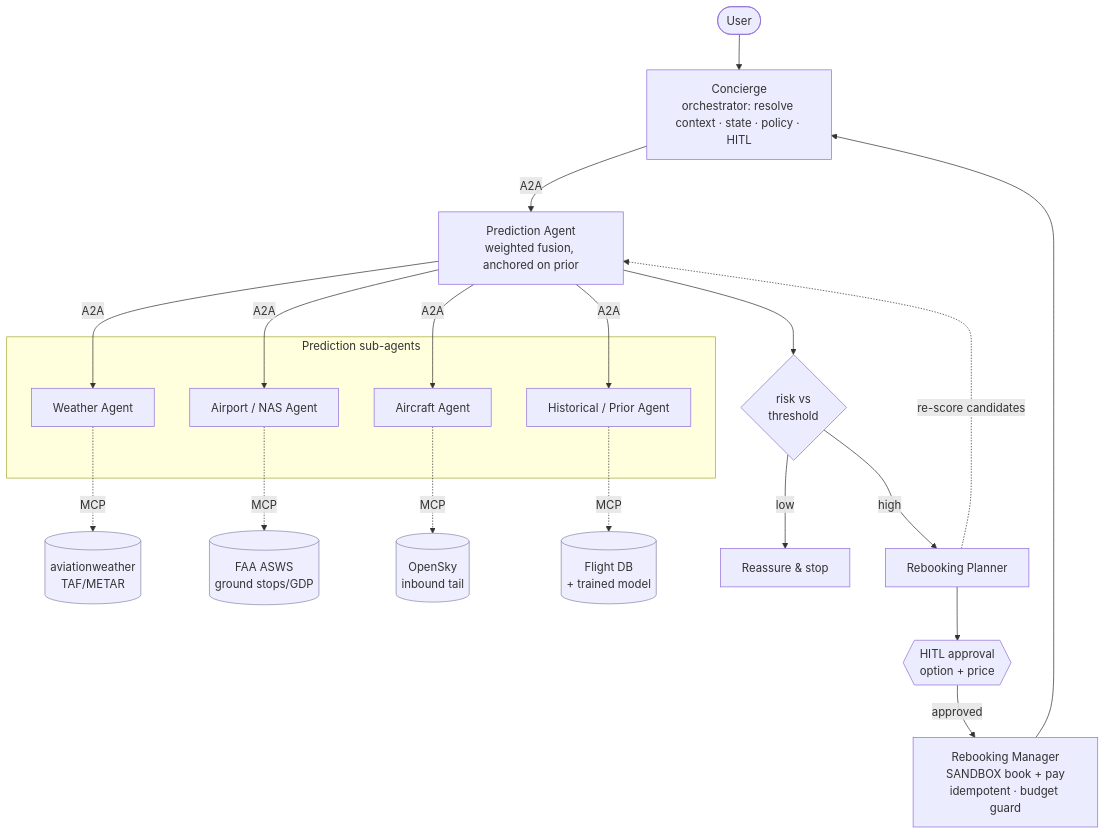
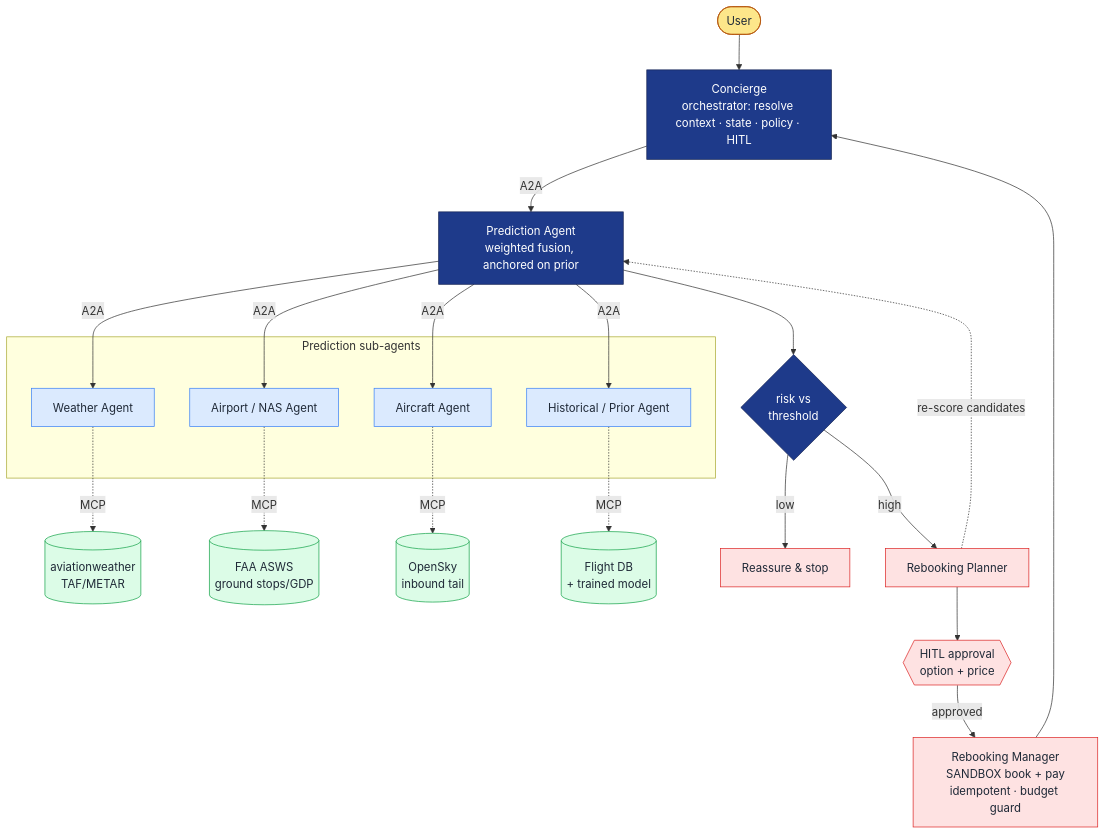
One commit to sonijigar/kaggle-capstone-ai-agents changed the first of 2 diagrams in docs/DESIGN.md. Above: the diagram before and after it, drawn with Mermaid. The commit also changed 1 other file, not shown here.

Commit message:
docs: color-code architecture diagrams by layer
Add classDef color coding (orchestration / agents / data / action) to the
component and README flowcharts. No emoji.

````diff
--- a/docs/DESIGN.md
+++ b/docs/DESIGN.md
@@ -30,30 +30,38 @@
 ```mermaid
 flowchart TD
     U([User]) --> C[Concierge<br/>orchestrator: resolve context · state · policy · HITL]
 
     C -->|A2A| P[Prediction Agent<br/>weighted fusion, anchored on prior]
 
     subgraph PRED [Prediction sub-agents]
         W[Weather Agent]
         N[Airport / NAS Agent]
         AC[Aircraft Agent]
         H[Historical / Prior Agent]
     end
     P -->|A2A| W & N & AC & H
 
     W -.MCP.-> wx[(aviationweather<br/>TAF/METAR)]
     N -.MCP.-> nx[(FAA ASWS<br/>ground stops/GDP)]
     AC -.MCP.-> ox[(OpenSky<br/>inbound tail)]
     H -.MCP.-> db[(Flight DB<br/>+ trained model)]
 
     P --> D{risk vs<br/>threshold}
     D -->|low| RE[Reassure &amp; stop]
     D -->|high| PL[Rebooking Planner]
     PL -. re-score candidates .-> P
     PL --> G{{HITL approval<br/>option + price}}
     G -->|approved| M[Rebooking Manager<br/>SANDBOX book + pay<br/>idempotent · budget guard]
     M --> C
 
-    classDef ext fill:#eef,stroke:#88a;
-    class wx,nx,ox,db ext;
+    classDef user fill:#fde68a,stroke:#b45309,color:#1f2937;
+    classDef orch fill:#1e3a8a,stroke:#172554,color:#ffffff;
+    classDef agent fill:#dbeafe,stroke:#3b82f6,color:#1f2937;
+    classDef data fill:#dcfce7,stroke:#16a34a,color:#1f2937;
+    classDef action fill:#fee2e2,stroke:#dc2626,color:#1f2937;
+    class U user;
+    class C,P,D orch;
+    class W,N,AC,H agent;
+    class wx,nx,ox,db data;
+    class RE,PL,G,M action;
 ```
````
